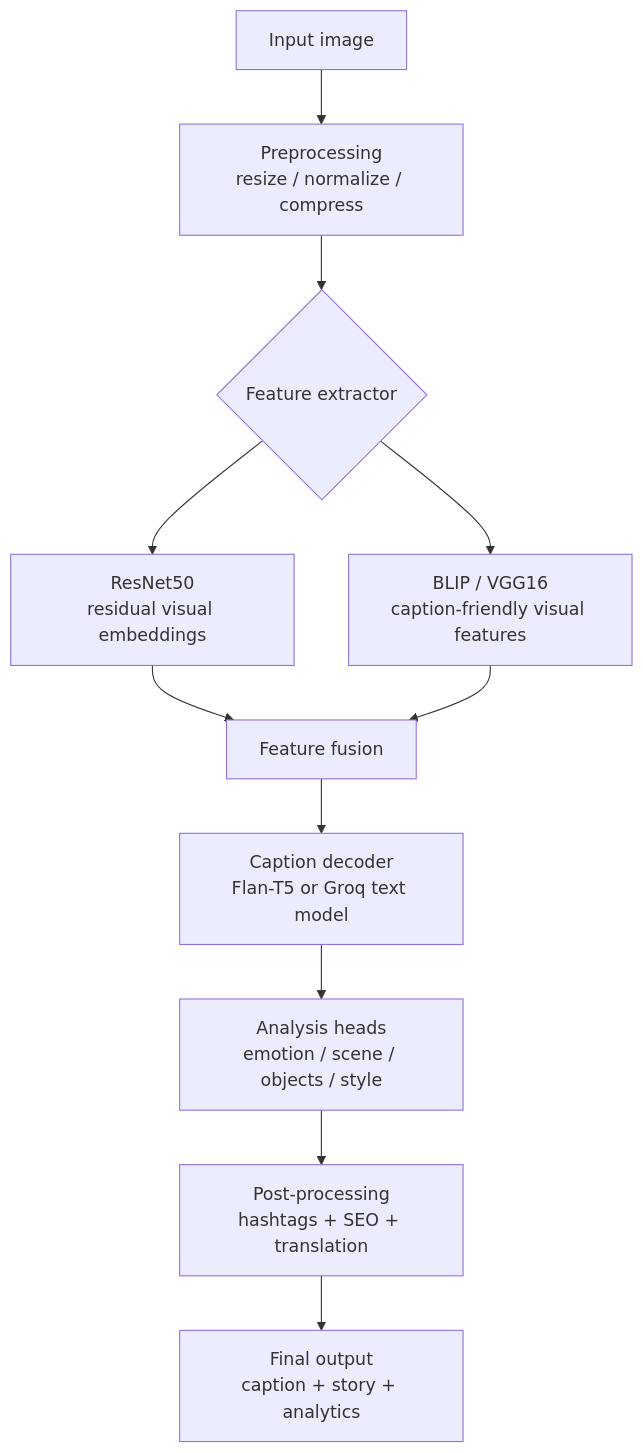
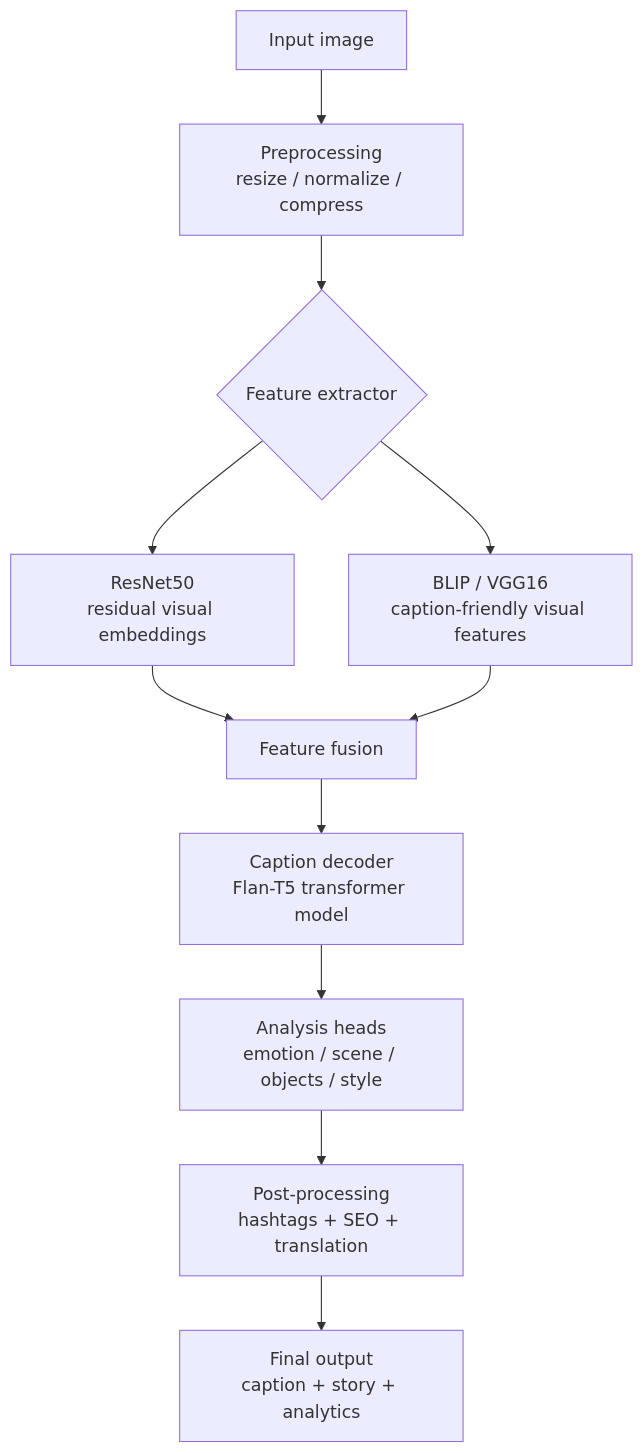
Before and after one commit to dharani25007-code/CODSOFT: the diagram in Task3-Image-Captioning/captionverse/README.md, drawn with Mermaid. The commit also changed other lines of this file and 6 other files, not shown here.

````diff
--- a/Task3-Image-Captioning/captionverse/README.md
+++ b/Task3-Image-Captioning/captionverse/README.md
@@ -95,13 +96,13 @@
 ```mermaid
 flowchart TB
 	A[Input image] --> B[Preprocessing\nresize / normalize / compress]
 	B --> C{Feature extractor}
 	C --> C1[ResNet50\nresidual visual embeddings]
 	C --> C2[BLIP / VGG16\ncaption-friendly visual features]
 	C1 --> D[Feature fusion]
 	C2 --> D
-	D --> E[Caption decoder\nFlan-T5 or Groq text model]
+	D --> E[Caption decoder\nFlan-T5 transformer model]
 	E --> F[Analysis heads\nemotion / scene / objects / style]
 	F --> G[Post-processing\nhashtags + SEO + translation]
 	G --> H[Final output\ncaption + story + analytics]
 ```
````
